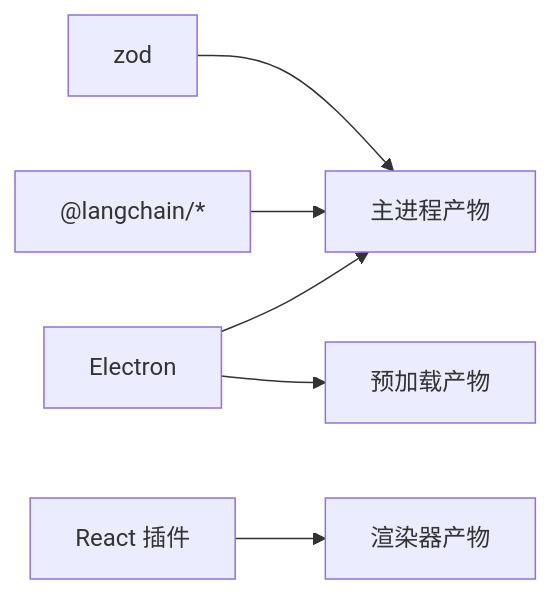
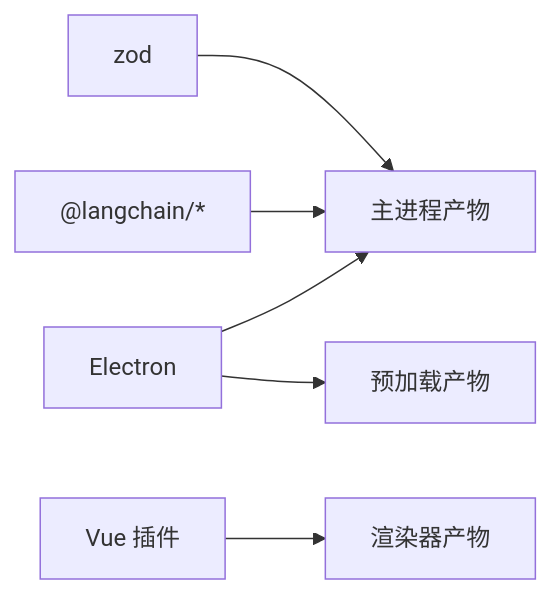
Before and after one commit to hallllla/QAQ-Agent: the sixth of 6 diagrams in .qoder/repowiki/zh/content/构建与部署/Vite 构建配置.md, drawn with Mermaid. The commit also changed other lines of this file and 23 other files, not shown here.

````diff
--- a/.qoder/repowiki/zh/content/构建与部署/Vite 构建配置.md
+++ b/.qoder/repowiki/zh/content/构建与部署/Vite 构建配置.md
@@ -225,8 +235,8 @@
 ```mermaid
 graph LR
 Electron["Electron"] --> Main["主进程产物"]
 Electron --> Preload["预加载产物"]
 LangChain["@langchain/*"] --> Main
 Zod["zod"] --> Main
-React["React 插件"] --> Renderer["渲染器产物"]
+Vue["Vue 插件"] --> Renderer["渲染器产物"]
 ```
````
